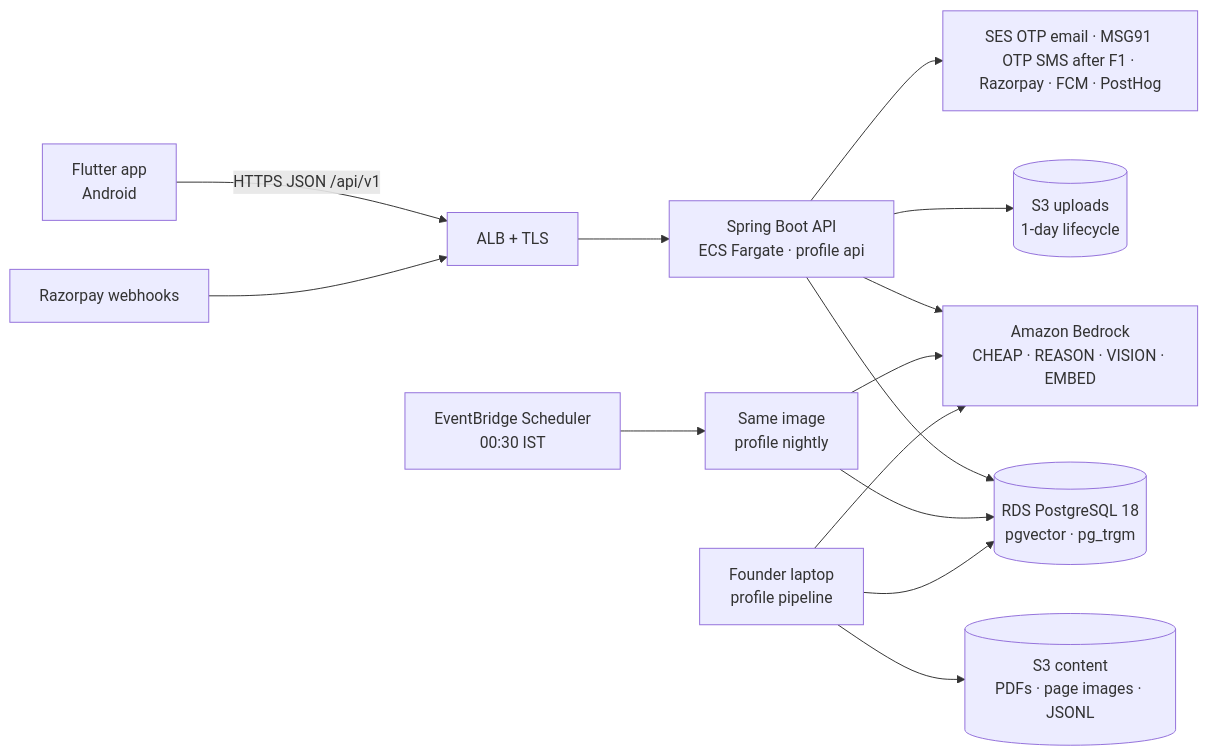
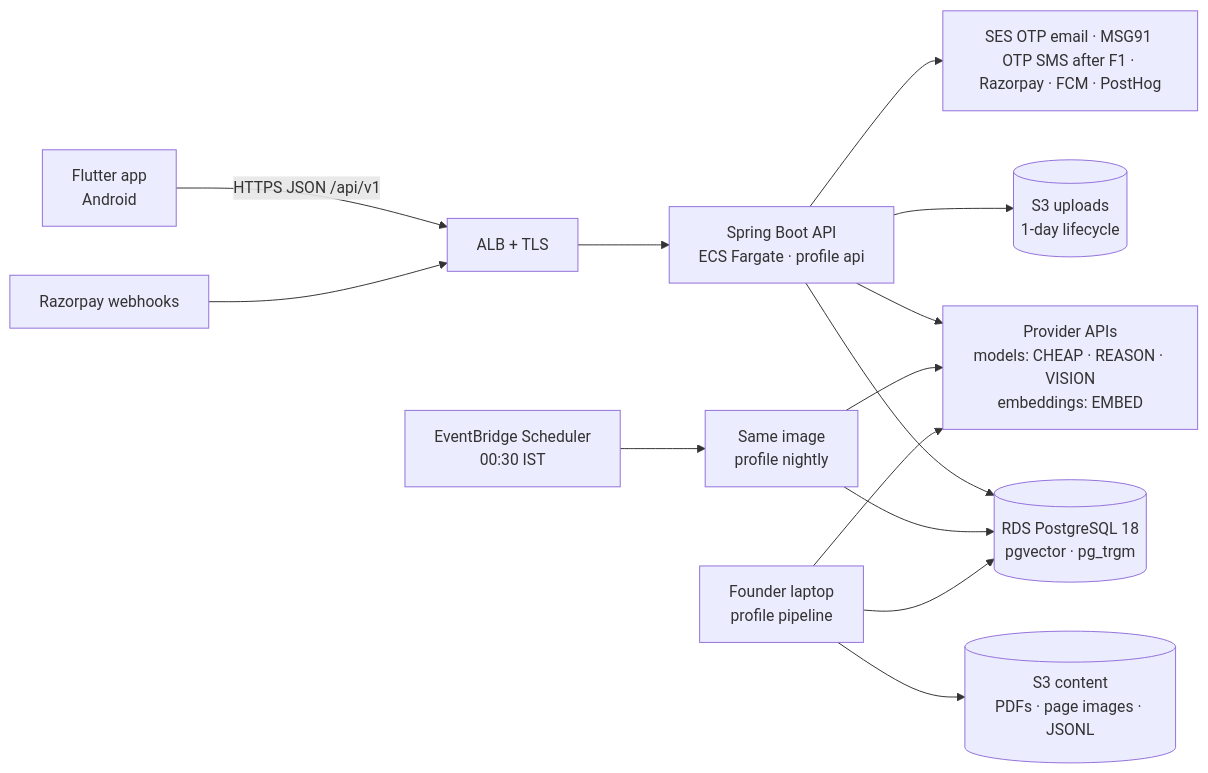
One commit to rayeesGmail/margai changed the first of 2 diagrams in docs/TECH_PLAN.md. Above: the diagram before and after it, drawn with Mermaid. The commit also changed other lines of this file and 5 other files, not shown here.

````diff
--- a/docs/TECH_PLAN.md
+++ b/docs/TECH_PLAN.md
@@ -176,16 +176,16 @@
 ```mermaid
 flowchart LR
     APP[Flutter app<br/>Android] -- HTTPS JSON /api/v1 --> ALB[ALB + TLS]
     ALB --> API[Spring Boot API<br/>ECS Fargate · profile api]
     SCHED[EventBridge Scheduler<br/>00:30 IST] --> NIGHT[Same image<br/>profile nightly]
     API --> RDS[(RDS PostgreSQL 18<br/>pgvector · pg_trgm)]
     NIGHT --> RDS
-    API --> BR[Amazon Bedrock<br/>CHEAP · REASON · VISION · EMBED]
+    API --> BR[Provider APIs<br/>models: CHEAP · REASON · VISION<br/>embeddings: EMBED]
     NIGHT --> BR
     API --> S3U[(S3 uploads<br/>1-day lifecycle)]
     API --> EXT[SES OTP email · MSG91 OTP SMS after F1 · Razorpay · FCM · PostHog]
     RAZ[Razorpay webhooks] --> ALB
     PIPE[Founder laptop<br/>profile pipeline] --> RDS
     PIPE --> BR
     PIPE --> S3C[(S3 content<br/>PDFs · page images · JSONL)]
 ```
````
